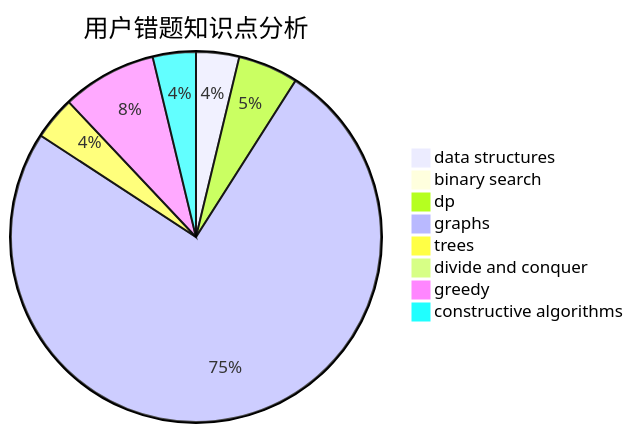
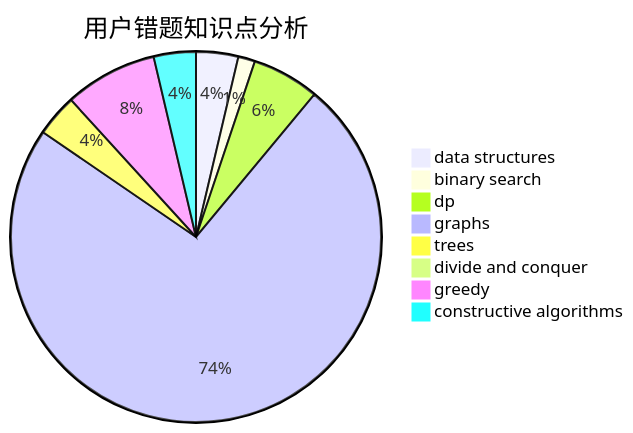
Before and after one commit to sherpahu/cfrs.github.io: the third of 3 diagrams in docs/user/u74.md, drawn with Mermaid. The commit also changed other lines of this file and 2770 other files, not shown here.

````diff
--- a/docs/user/u74.md
+++ b/docs/user/u74.md
@@ -36,11 +36,11 @@
 ```mermaid
 pie title 用户错题知识点分析
     "data structures" :  5
-    "binary search" :  1
-    "dp" :  7
+    "binary search" :  2
+    "dp" :  8
     "graphs" :  100
     "trees" :  5
     "divide and conquer" :  0
     "greedy" :  11
     "constructive algorithms" :  5
 ```
````
